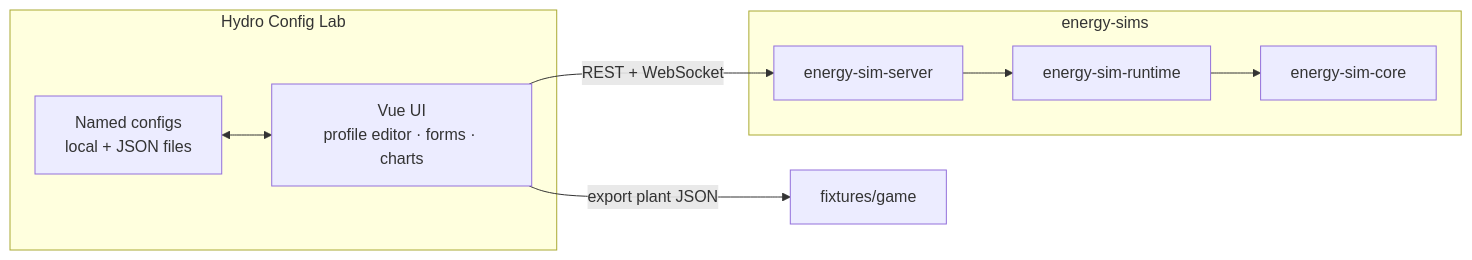
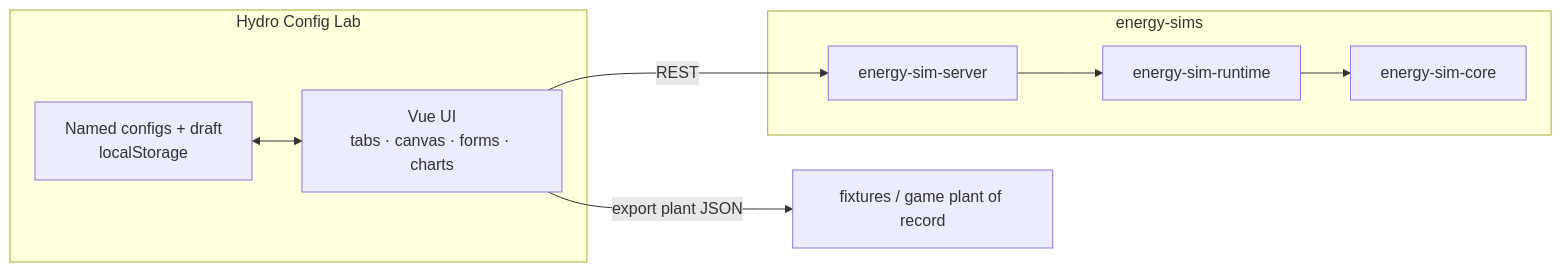
One commit to ZanzibarNuclear/energy-sims changed the diagram in docs/hydro-config-lab.md. Above: the diagram before and after it, drawn with Mermaid. The commit also changed other lines of this file and 12 other files, not shown here.

````diff
--- a/docs/hydro-config-lab.md
+++ b/docs/hydro-config-lab.md
@@ -94,19 +117,19 @@
 ```mermaid
 flowchart LR
   subgraph lab [Hydro Config Lab]
-    UI[Vue UI<br/>profile editor · forms · charts]
-    Store[Named configs<br/>local + JSON files]
+    UI[Vue UI<br/>tabs · canvas · forms · charts]
+    Store[Named configs + draft<br/>localStorage]
   end
 
   subgraph engine [energy-sims]
     SVC[energy-sim-server]
     RT[energy-sim-runtime]
     CORE[energy-sim-core]
   end
 
-  UI -->|REST + WebSocket| SVC
+  UI -->|REST| SVC
   SVC --> RT
   RT --> CORE
   Store <--> UI
-  UI -->|export plant JSON| Fixtures[fixtures/game]
+  UI -->|export plant JSON| Fixtures[fixtures / game plant of record]
 ```
````
